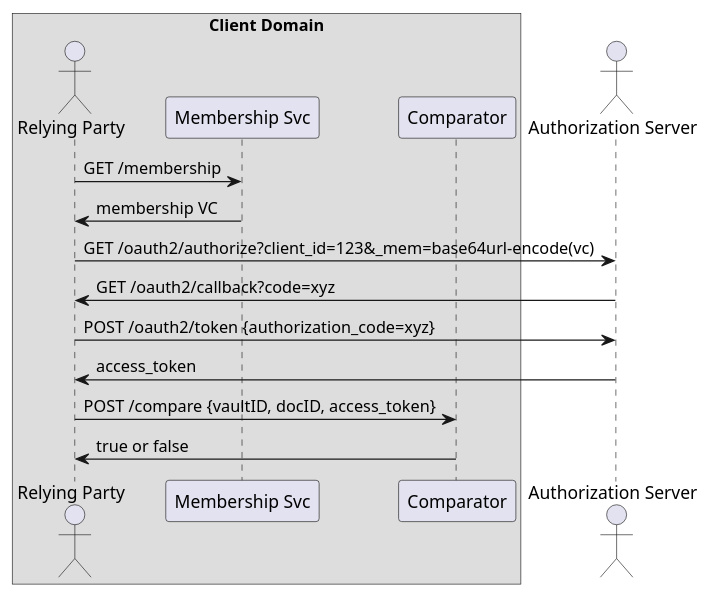
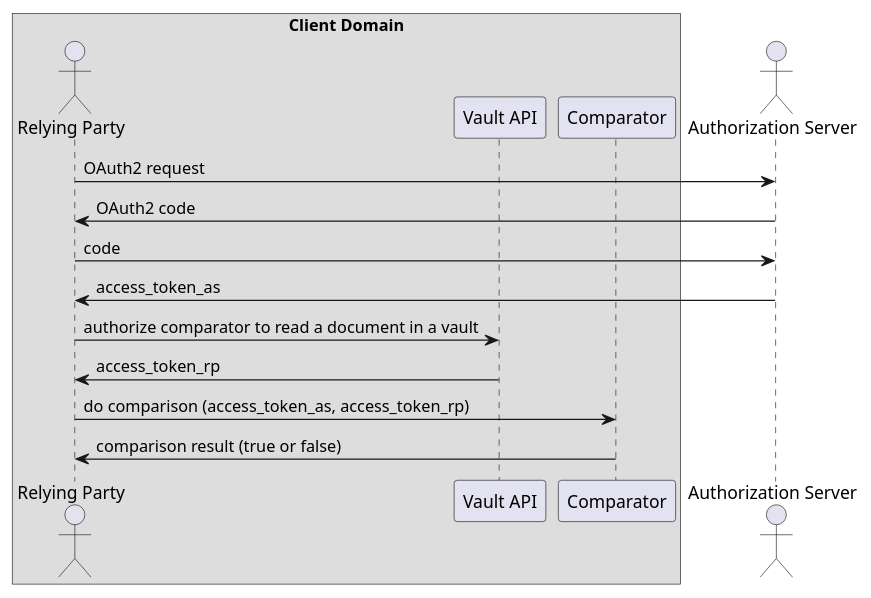
One commit to llorllale/ssn changed the diagram in puml/overview_rp.puml. Above: the diagram before and after it, drawn with PlantUML. The commit also changed 4 other files, not shown here.

Commit message:
updates to overview flows

```diff
--- a/puml/overview_rp.puml
+++ b/puml/overview_rp.puml
@@ -1,20 +1,20 @@
 @startuml
 
 box "Client Domain"
   actor "Relying Party" as rp
-  participant "Membership Svc" as memsvc
+  participant "Vault API" as vapi
   participant Comparator as comp
 end box
 
 actor "Authorization Server" as as
 
-rp -> memsvc : GET /membership
-memsvc -> rp : membership VC
-rp -> as : GET /oauth2/authorize?client_id=123&_mem=base64url-encode(vc)
-as -> rp : GET /oauth2/callback?code=xyz
-rp -> as : POST /oauth2/token {authorization_code=xyz}
-as -> rp : access_token
-rp -> comp : POST /compare {vaultID, docID, access_token}
-comp -> rp : true or false
+rp -> as : OAuth2 request
+as -> rp : OAuth2 code
+rp -> as : code
+as -> rp : access_token_as
+rp -> vapi : authorize comparator to read a document in a vault
+vapi -> rp : access_token_rp
+rp -> comp : do comparison (access_token_as, access_token_rp)
+comp -> rp : comparison result (true or false)
 
 @enduml
```
